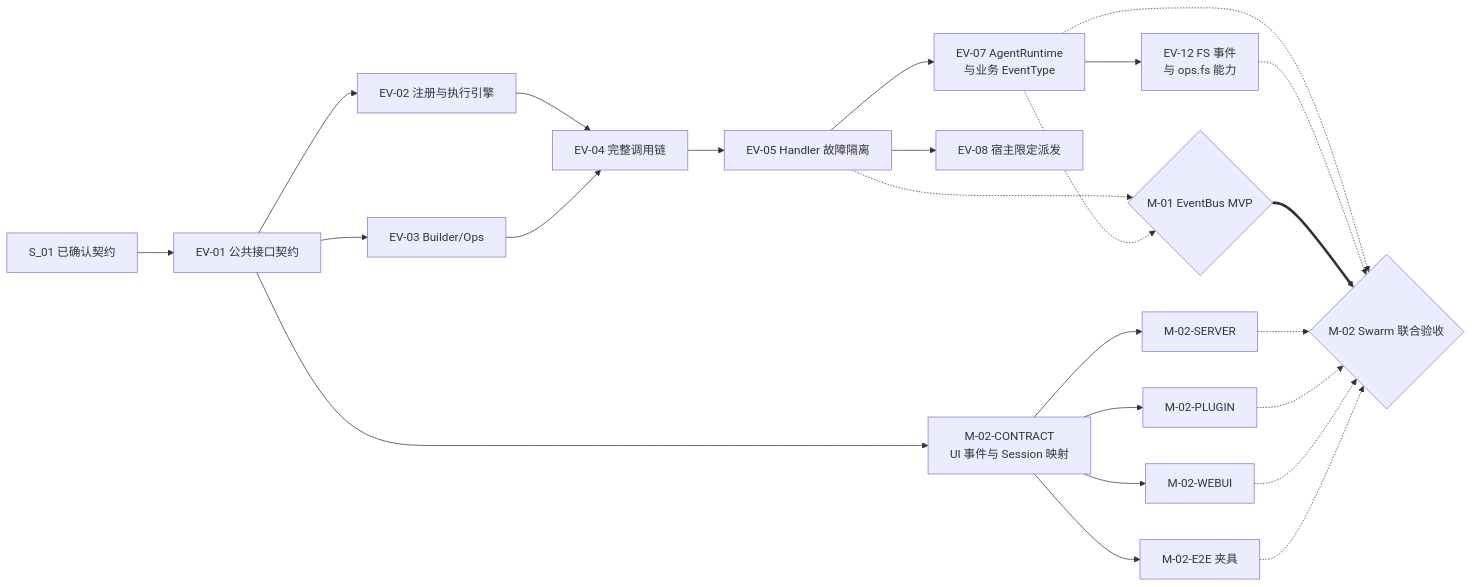
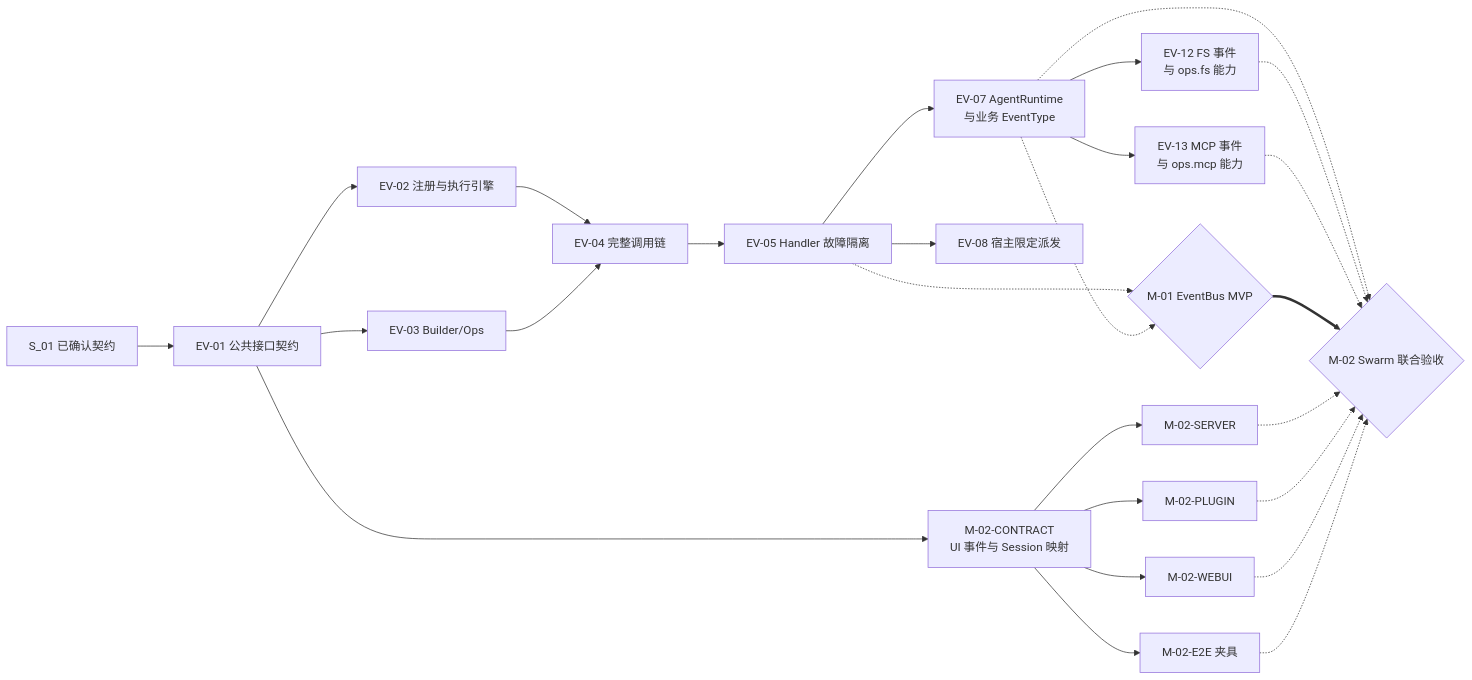
One commit to openJiuwen-ai/agent-core changed the diagram in openjiuwen/core/events/docs/designs/events-development-plan.md. Above: the diagram before and after it, drawn with Mermaid. The commit also changed other lines of this file and 26 other files, not shown here.

Commit message:
feat(events): add mcp ops events

````diff
--- a/openjiuwen/core/events/docs/designs/events-development-plan.md
+++ b/openjiuwen/core/events/docs/designs/events-development-plan.md
@@ -167,28 +180,30 @@
 ```mermaid
 flowchart LR
     S01["S_01 已确认契约"] --> EV01["EV-01 公共接口契约"]
     EV01 --> EV02["EV-02 注册与执行引擎"]
     EV01 --> EV03["EV-03 Builder/Ops"]
     EV02 --> EV04["EV-04 完整调用链"]
     EV03 --> EV04
     EV04 --> EV05["EV-05 Handler 故障隔离"]
     EV05 --> EV07["EV-07 AgentRuntime\n与业务 EventType"]
     EV05 --> EV08["EV-08 宿主限定派发"]
     EV07 --> EV12["EV-12 FS 事件\n与 ops.fs 能力"]
+    EV07 --> EV13["EV-13 MCP 事件\n与 ops.mcp 能力"]
 
     EV01 --> Contract["M-02-CONTRACT\nUI 事件与 Session 映射"]
     Contract --> Server["M-02-SERVER"]
     Contract --> Plugin["M-02-PLUGIN"]
     Contract --> WebUI["M-02-WEBUI"]
     Contract --> E2E["M-02-E2E 夹具"]
 
     EV05 -.-> M01{"M-01 EventBus MVP"}
     EV07 -.-> M01
     EV07 -.-> M02
     EV12 -.-> M02
+    EV13 -.-> M02
     M01 ==> M02{"M-02 Swarm 联合验收"}
     Server -.-> M02
     Plugin -.-> M02
     WebUI -.-> M02
     E2E -.-> M02
 ```
````
